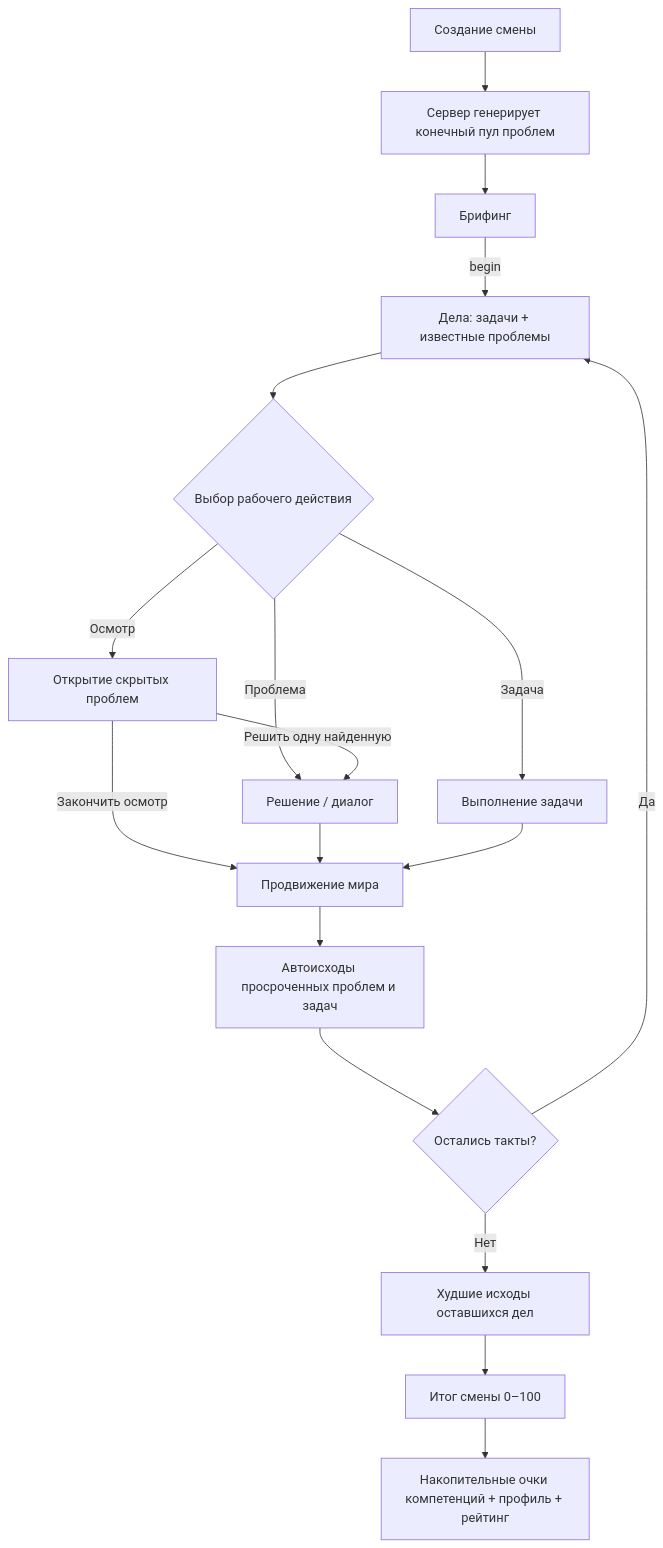
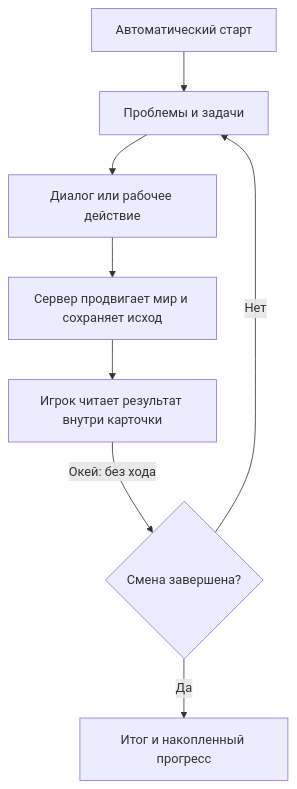
One commit to RomaGrach/mt-hackathon changed the third of 4 diagrams in docs/ARCHITECTURE.md. Above: the diagram before and after it, drawn with Mermaid. The commit also changed other lines of this file and 15 other files, not shown here.

```diff
--- a/docs/ARCHITECTURE.md
+++ b/docs/ARCHITECTURE.md
@@ -132,20 +132,10 @@
 ~~~mermaid
 flowchart TD
-  A[Создание смены] --> B[Сервер генерирует конечный пул проблем]
-  B --> C[Брифинг]
-  C -->|begin| D[Дела: задачи + известные проблемы]
-  D --> E{Выбор рабочего действия}
-  E -->|Проблема| F[Решение / диалог]
-  E -->|Задача| G[Выполнение задачи]
-  E -->|Осмотр| H[Открытие скрытых проблем]
-  H -->|Решить одну найденную| F
-  H -->|Закончить осмотр| I[Продвижение мира]
-  F --> I
-  G --> I
-  I --> J[Автоисходы просроченных проблем и задач]
-  J --> K{Остались такты?}
-  K -->|Да| D
-  K -->|Нет| L[Худшие исходы оставшихся дел]
-  L --> M[Итог смены 0–100]
-  M --> N[Накопительные очки компетенций + профиль + рейтинг]
+  A[Автоматический старт] --> B[Проблемы и задачи]
+  B --> C[Диалог или рабочее действие]
+  C --> D[Сервер продвигает мир и сохраняет исход]
+  D --> E[Игрок читает результат внутри карточки]
+  E -->|Окей: без хода| F{Смена завершена?}
+  F -->|Нет| B
+  F -->|Да| G[Итог и накопленный прогресс]
 ~~~
```
